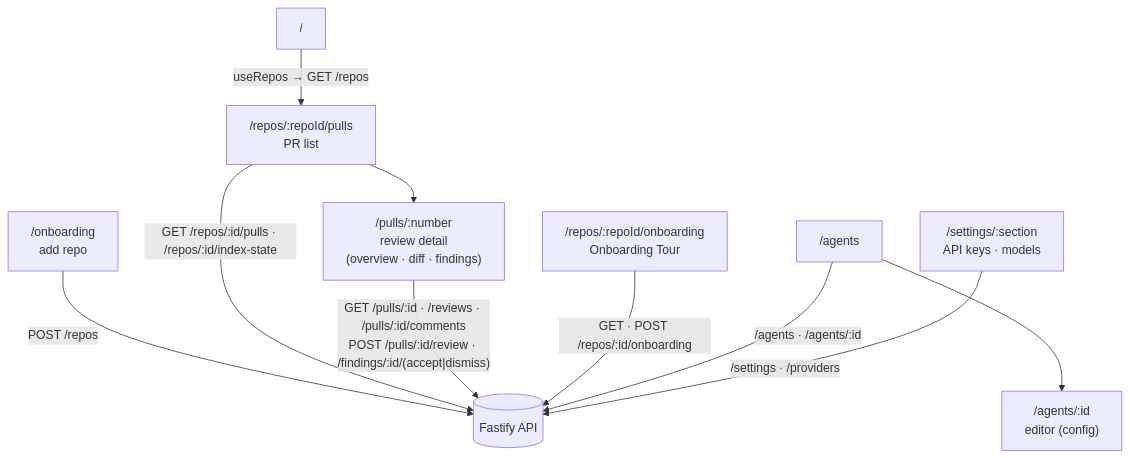
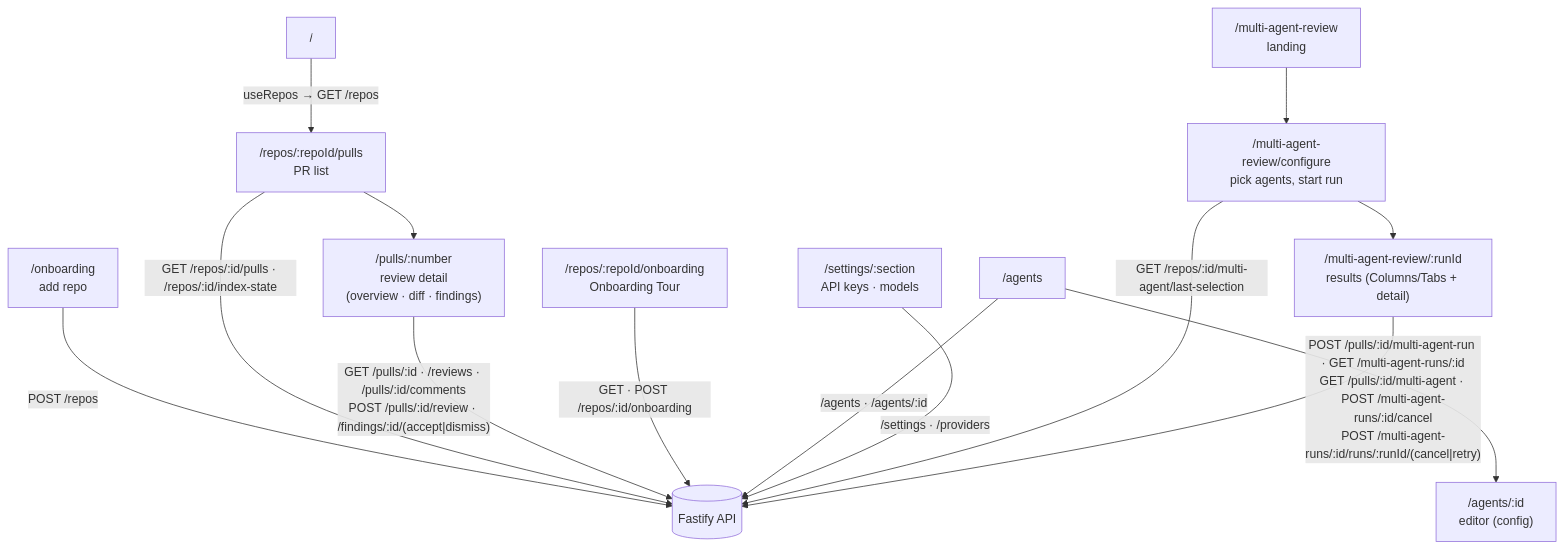
One commit to MShcherbyna/dev-digest changed the diagram in client/README.md. Above: the diagram before and after it, drawn with Mermaid. The commit also changed 106 other files, not shown here.

First line of the commit message:
emdash/multi-agent-review-01x94: add Multi-Agent Review (parallel fan-out, grouping/disagreement, picker, results page)

````diff
--- a/client/README.md
+++ b/client/README.md
@@ -24,16 +24,21 @@
 ```mermaid
 flowchart TD
   ROOT["/"] -->|"useRepos → GET /repos"| PULLS["/repos/:repoId/pulls<br/>PR list"]
   ONB["/onboarding<br/>add repo"] -->|"POST /repos"| API[("Fastify API")]
   TOUR["/repos/:repoId/onboarding<br/>Onboarding Tour"]
   PULLS --> PR["/pulls/:number<br/>review detail<br/>(overview · diff · findings)"]
 
   AGENTS["/agents"] --> AGENT["/agents/:id<br/>editor (config)"]
   SETTINGS["/settings/:section<br/>API keys · models"]
 
+  MAR["/multi-agent-review<br/>landing"] --> MARC["/multi-agent-review/configure<br/>pick agents, start run"]
+  MARC --> MARR["/multi-agent-review/:runId<br/>results (Columns/Tabs + detail)"]
+
   PULLS -->|"GET /repos/:id/pulls · /repos/:id/index-state"| API
   PR -->|"GET /pulls/:id · /reviews · /pulls/:id/comments<br/>POST /pulls/:id/review · /findings/:id/(accept|dismiss)"| API
   TOUR -->|"GET · POST /repos/:id/onboarding"| API
   AGENTS -->|"/agents · /agents/:id"| API
   SETTINGS -->|"/settings · /providers"| API
+  MARC -->|"GET /repos/:id/multi-agent/last-selection"| API
+  MARR -->|"POST /pulls/:id/multi-agent-run · GET /multi-agent-runs/:id<br/>GET /pulls/:id/multi-agent · POST /multi-agent-runs/:id/cancel<br/>POST /multi-agent-runs/:id/runs/:runId/(cancel|retry)"| API
 ```
````
